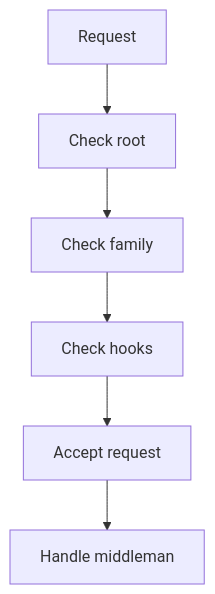
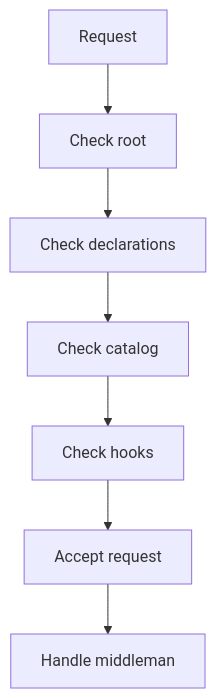
One commit to JohnAndrewBalbarosa/NeoTerritory changed the second of 2 diagrams in docs/Codebase/Microservice/Modules/Source/Analysis/Patterns/Middleman/Contracts/pattern_middleman_contract.cpp.md. Above: the diagram before and after it, drawn with Mermaid. The commit also changed other lines of this file and 182 other files, not shown here.

````diff
--- a/docs/Codebase/Microservice/Modules/Source/Analysis/Patterns/Middleman/Contracts/pattern_middleman_contract.cpp.md
+++ b/docs/Codebase/Microservice/Modules/Source/Analysis/Patterns/Middleman/Contracts/pattern_middleman_contract.cpp.md
@@ -49,14 +54,16 @@
 ```mermaid
 flowchart TD
     Start["Request"]
     N0["Check root"]
-    N1["Check family"]
-    N2["Check hooks"]
-    N3["Accept request"]
+    N1["Check declarations"]
+    N2["Check catalog"]
+    N3["Check hooks"]
+    N4["Accept request"]
     End["Handle middleman"]
     Start --> N0
     N0 --> N1
     N1 --> N2
     N2 --> N3
-    N3 --> End
+    N3 --> N4
+    N4 --> End
 ```
````
